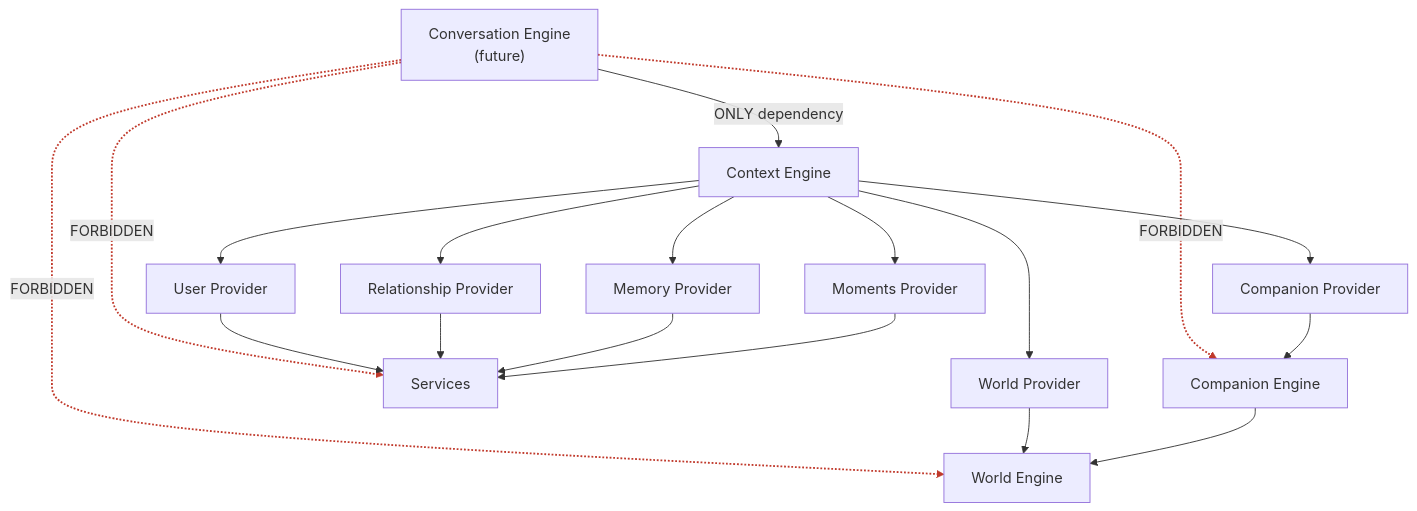
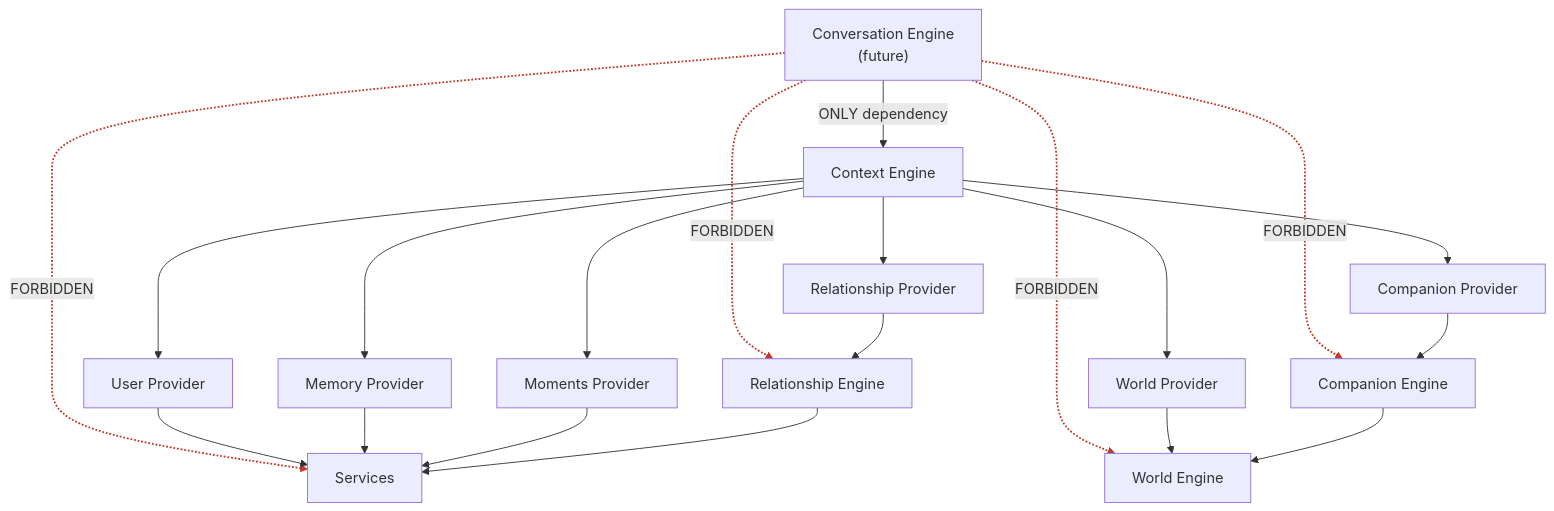
One commit to shubhamagar123/featherlite changed the second of 3 diagrams in src/engines/context/README.md. Above: the diagram before and after it, drawn with Mermaid. The commit also changed other lines of this file and 11 other files, not shown here.

First line of the commit message:
refactor: promote Relationship Engine to core engine layer

````diff
--- a/src/engines/context/README.md
+++ b/src/engines/context/README.md
@@ -93,29 +92,32 @@
 ```mermaid
 flowchart TD
     CVE["Conversation Engine<br/>(future)"]
 
     CVE -->|"ONLY dependency"| CTX["Context Engine"]
 
     CVE -. FORBIDDEN .-> WE["World Engine"]
     CVE -. FORBIDDEN .-> CE["Companion Engine"]
+    CVE -. FORBIDDEN .-> RE["Relationship Engine"]
     CVE -. FORBIDDEN .-> SVC["Services"]
 
     CTX --> UP["User Provider"]
     CTX --> CP["Companion Provider"]
     CTX --> WP["World Provider"]
     CTX --> RP["Relationship Provider"]
     CTX --> MP["Memory Provider"]
     CTX --> OP["Moments Provider"]
 
     WP --> WE
     CP --> CE
+    RP --> RE
     UP --> SVC
-    RP --> SVC
     MP --> SVC
     OP --> SVC
     CE --> WE
+    RE --> SVC
 
     linkStyle 1 stroke:#c0392b,stroke-width:2px
     linkStyle 2 stroke:#c0392b,stroke-width:2px
     linkStyle 3 stroke:#c0392b,stroke-width:2px
+    linkStyle 4 stroke:#c0392b,stroke-width:2px
 ```
````
